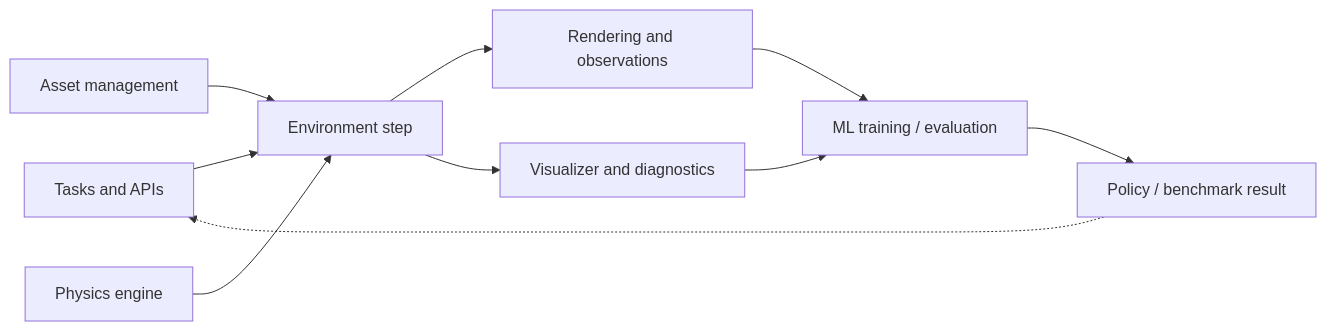
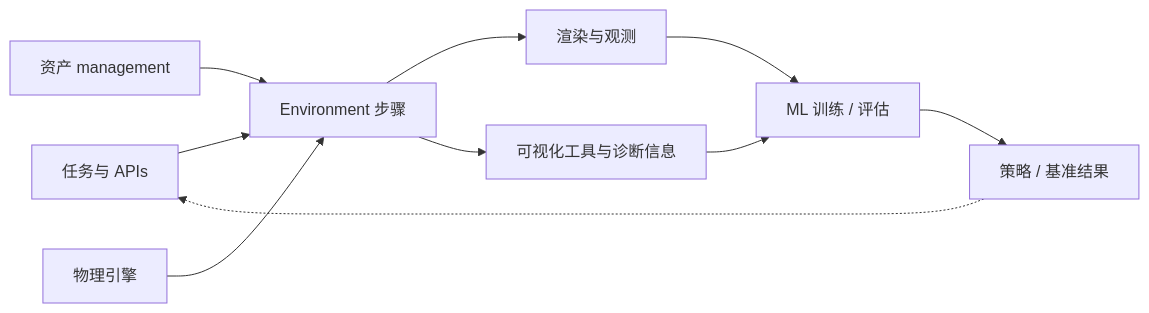
Before and after one commit to niuverse/llm-wiki: the diagram in wiki/concepts/RoboticsSimulationInfrastructure.md, drawn with Mermaid. The commit also changed other lines of this file and 123 other files, not shown here.

````diff
--- a/wiki/concepts/RoboticsSimulationInfrastructure.md
+++ b/wiki/concepts/RoboticsSimulationInfrastructure.md
@@ -31,12 +31,12 @@
 ```mermaid
 flowchart LR
-  T["Tasks and APIs"] --> E["Environment step"]
-  A["Asset management"] --> E
-  P["Physics engine"] --> E
-  E --> R["Rendering and observations"]
-  E --> V["Visualizer and diagnostics"]
-  R --> M["ML training / evaluation"]
+  T["任务与 APIs"] --> E["Environment 步骤"]
+  A["资产 management"] --> E
+  P["物理引擎"] --> E
+  E --> R["渲染与观测"]
+  E --> V["可视化工具与诊断信息"]
+  R --> M["ML 训练 / 评估"]
   V --> M
-  M --> PI["Policy / benchmark result"]
+  M --> PI["策略 / 基准结果"]
   PI -.-> T
 ```
````
